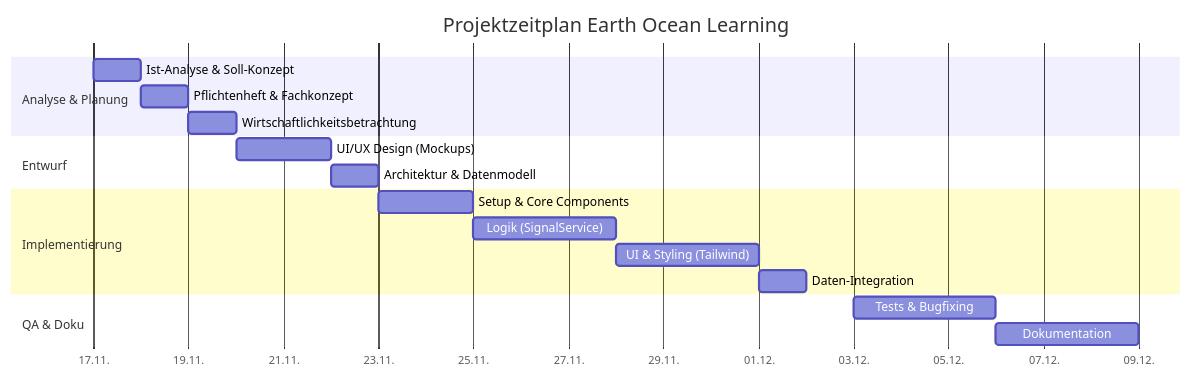
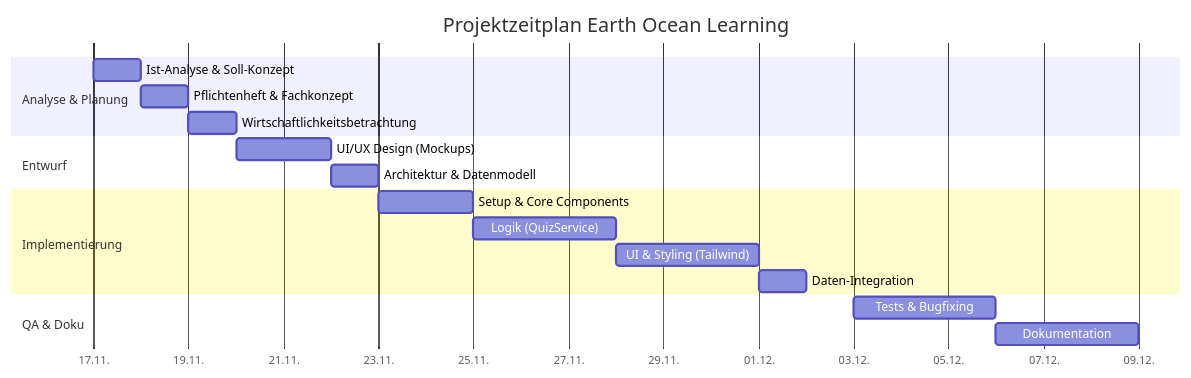
The first of 5 diagrams in docs/IHK_ABSCHLUSSPROJEKT.md (T-Boyke/EhlenAngularProjekt3), drawn with Mermaid before and after one commit. The commit also changed other lines of this file, not shown here.

Commit message:
Update references from SignalService to QuizService

````diff
--- a/docs/IHK_ABSCHLUSSPROJEKT.md
+++ b/docs/IHK_ABSCHLUSSPROJEKT.md
@@ -267,26 +267,26 @@
 ```mermaid
 
 gantt
     title Projektzeitplan Earth Ocean Learning
     dateFormat  YYYY-MM-DD
     axisFormat  %d.%m.
 
     section Analyse & Planung
     Ist-Analyse & Soll-Konzept       :a1, 2025-11-17, 1d
     Pflichtenheft & Fachkonzept      :a2, after a1, 1d
     Wirtschaftlichkeitsbetrachtung   :a3, after a2, 1d
 
     section Entwurf
     UI/UX Design (Mockups)           :b1, 2025-11-20, 2d
     Architektur & Datenmodell        :b2, after b1, 1d
 
     section Implementierung
     Setup & Core Components          :c1, 2025-11-23, 2d
-    Logik (SignalService)              :c2, after c1, 3d
+    Logik (QuizService)              :c2, after c1, 3d
     UI & Styling (Tailwind)          :c3, after c2, 3d
     Daten-Integration                :c4, after c3, 1d
 
     section QA & Doku
     Tests & Bugfixing                :d1, 2025-12-03, 3d
     Dokumentation                    :d2, 2025-12-06, 3d
 ```
````
